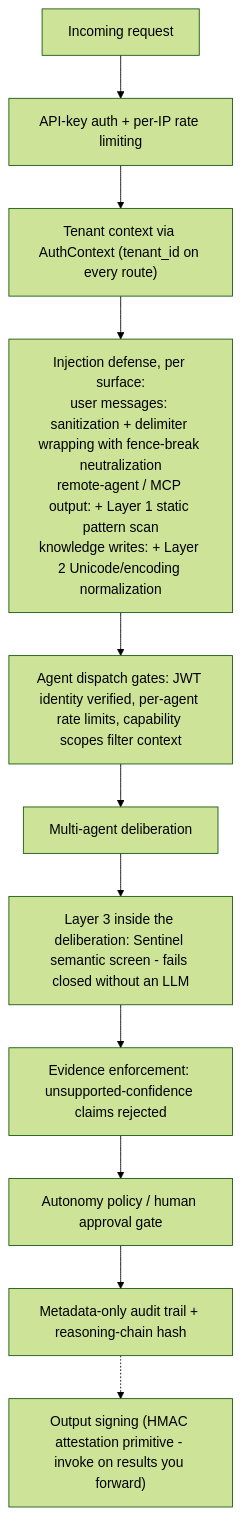
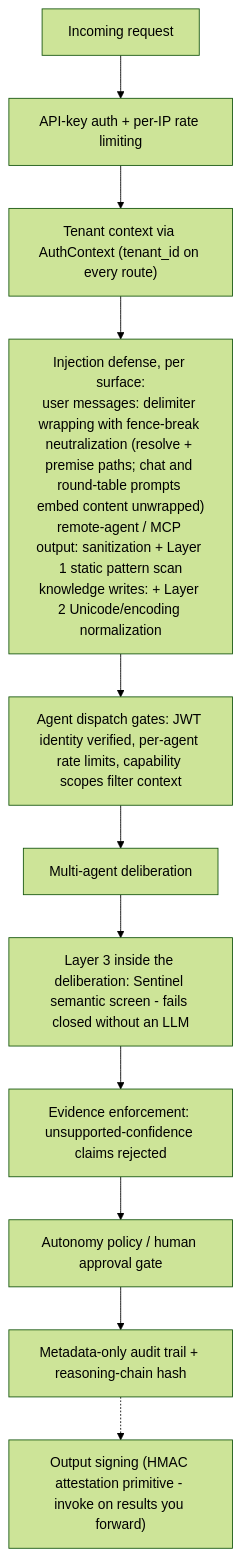
The first of 3 diagrams in docs/SECURITY_MODEL.md (KangaKode/aiscaffold), drawn with Mermaid (forest theme) before and after one commit. The commit also changed other lines of this file and 2 other files, not shown here.

First line of the commit message:
docs: fix review findings -- user-message wrapping was itself overclaimed

````diff
--- a/docs/SECURITY_MODEL.md
+++ b/docs/SECURITY_MODEL.md
@@ -13,13 +13,13 @@
 ```mermaid
 flowchart TD
     Req[Incoming request] --> Auth["API-key auth + per-IP rate limiting"]
     Auth --> Tenant["Tenant context via AuthContext (tenant_id on every route)"]
-    Tenant --> Inj["Injection defense, per surface:\nuser messages: sanitization + delimiter wrapping with fence-break neutralization\nremote-agent / MCP output: + Layer 1 static pattern scan\nknowledge writes: + Layer 2 Unicode/encoding normalization"]
+    Tenant --> Inj["Injection defense, per surface:<br/>user messages: delimiter wrapping with fence-break neutralization (resolve + premise paths; chat and round-table prompts embed content unwrapped)<br/>remote-agent / MCP output: sanitization + Layer 1 static pattern scan<br/>knowledge writes: + Layer 2 Unicode/encoding normalization"]
     Inj --> Dispatch["Agent dispatch gates: JWT identity verified, per-agent rate limits, capability scopes filter context"]
     Dispatch --> Delib["Multi-agent deliberation"]
     Delib --> L3["Layer 3 inside the deliberation: Sentinel semantic screen - fails closed without an LLM"]
     L3 --> Enforce["Evidence enforcement: unsupported-confidence claims rejected"]
     Enforce --> Gate["Autonomy policy / human approval gate"]
     Gate --> Audit["Metadata-only audit trail + reasoning-chain hash"]
     Audit -.-> Sign["Output signing (HMAC attestation primitive - invoke on results you forward)"]
 ```
````
